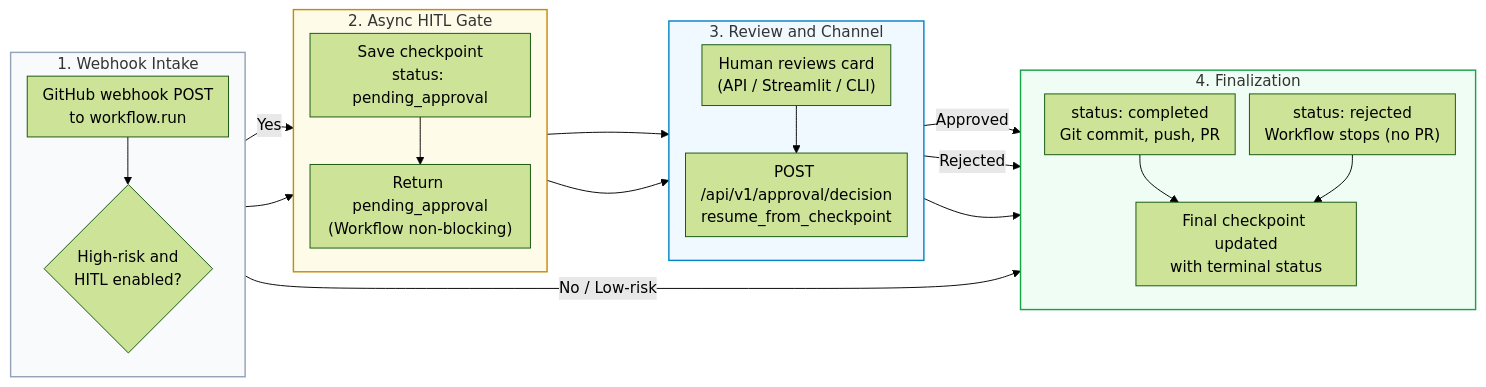
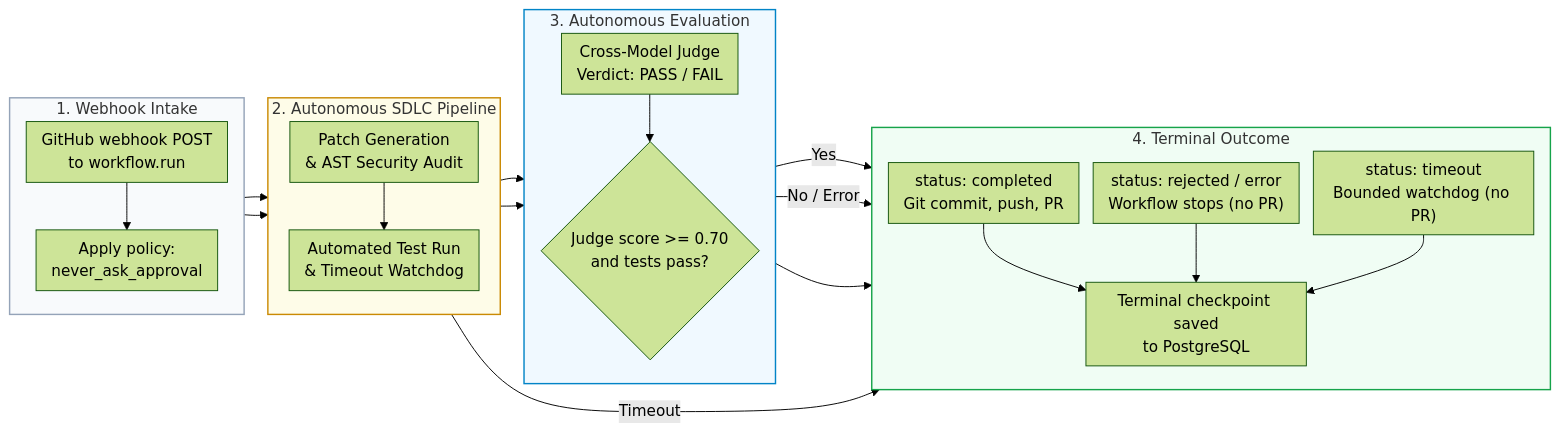
One commit to Kenono2000/enterprise-rag-pgvector-rbac changed the seventh of 10 diagrams in README.md. Above: the diagram before and after it, drawn with Mermaid (forest theme). The commit also changed other lines of this file, not shown here.

Commit message:
docs: Update README with autonomous SDLC workflow and remove obsolete HITL instructions

````diff
--- a/README.md
+++ b/README.md
@@ -309,33 +309,34 @@
 ```mermaid
 %%{init: {'flowchart': {'nodeSpacing': 15, 'rankSpacing': 25, 'padding': 8}}}%%
 flowchart LR
     subgraph Trigger ["1. Webhook Intake"]
         direction TB
-        A["GitHub webhook POST<br/>to workflow.run"] --> Cond{"High-risk and<br/>HITL enabled?"}
+        A["GitHub webhook POST<br/>to workflow.run"] --> B["Apply policy:<br/>never_ask_approval"]
     end
-    subgraph Checkpoint ["2. Async HITL Gate"]
+    subgraph Execution ["2. Autonomous SDLC Pipeline"]
         direction TB
-        Cond -->|"Yes"| B["Save checkpoint<br/>status: pending_approval"]
-        B --> C["Return pending_approval<br/>(Workflow non-blocking)"]
+        B --> C["Patch Generation<br/>& AST Security Audit"]
+        C --> D["Automated Test Run<br/>& Timeout Watchdog"]
     end
-    subgraph Decision ["3. Review and Channel"]
+    subgraph Decision ["3. Autonomous Evaluation"]
         direction TB
-        C --> D["Human reviews card<br/>(API / Streamlit / CLI)"]
-        D --> E["POST /api/v1/approval/decision<br/>resume_from_checkpoint"]
+        D --> E["Cross-Model Judge<br/>Verdict: PASS / FAIL"]
+        E --> Cond{"Judge score &gt;= 0.70<br/>and tests pass?"}
     end
-    subgraph Outcome ["4. Finalization"]
+    subgraph Outcome ["4. Terminal Outcome"]
         direction TB
-        E -->|"Approved"| F["status: completed<br/>Git commit, push, PR"]
-        E -->|"Rejected"| G["status: rejected<br/>Workflow stops (no PR)"]
-        F --> H["Final checkpoint updated<br/>with terminal status"]
-        G --> H
+        Cond -->|"Yes"| F["status: completed<br/>Git commit, push, PR"]
+        Cond -->|"No / Error"| G["status: rejected / error<br/>Workflow stops (no PR)"]
+        D -->|"Timeout"| H["status: timeout<br/>Bounded watchdog (no PR)"]
+        F --> I["Terminal checkpoint saved<br/>to PostgreSQL"]
+        G --> I
+        H --> I
     end
-    Cond -->|"No / Low-risk"| F
-    Trigger --> Checkpoint
-    Checkpoint --> Decision
+    Trigger --> Execution
+    Execution --> Decision
     Decision --> Outcome
     style Trigger fill:#f8fafc,stroke:#94a3b8,stroke-width:1.5px
-    style Checkpoint fill:#fefce8,stroke:#ca8a04,stroke-width:1.5px
+    style Execution fill:#fefce8,stroke:#ca8a04,stroke-width:1.5px
     style Decision fill:#f0f9ff,stroke:#0284c7,stroke-width:1.5px
     style Outcome fill:#f0fdf4,stroke:#16a34a,stroke-width:1.5px
 ```
````
